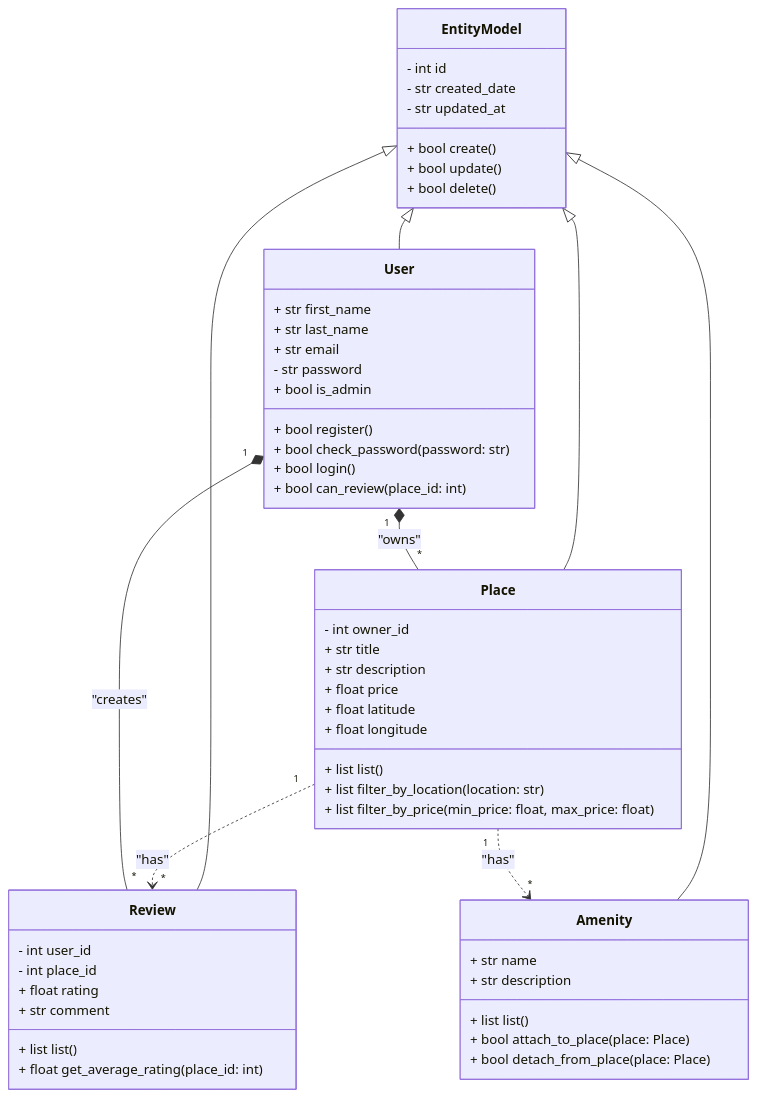
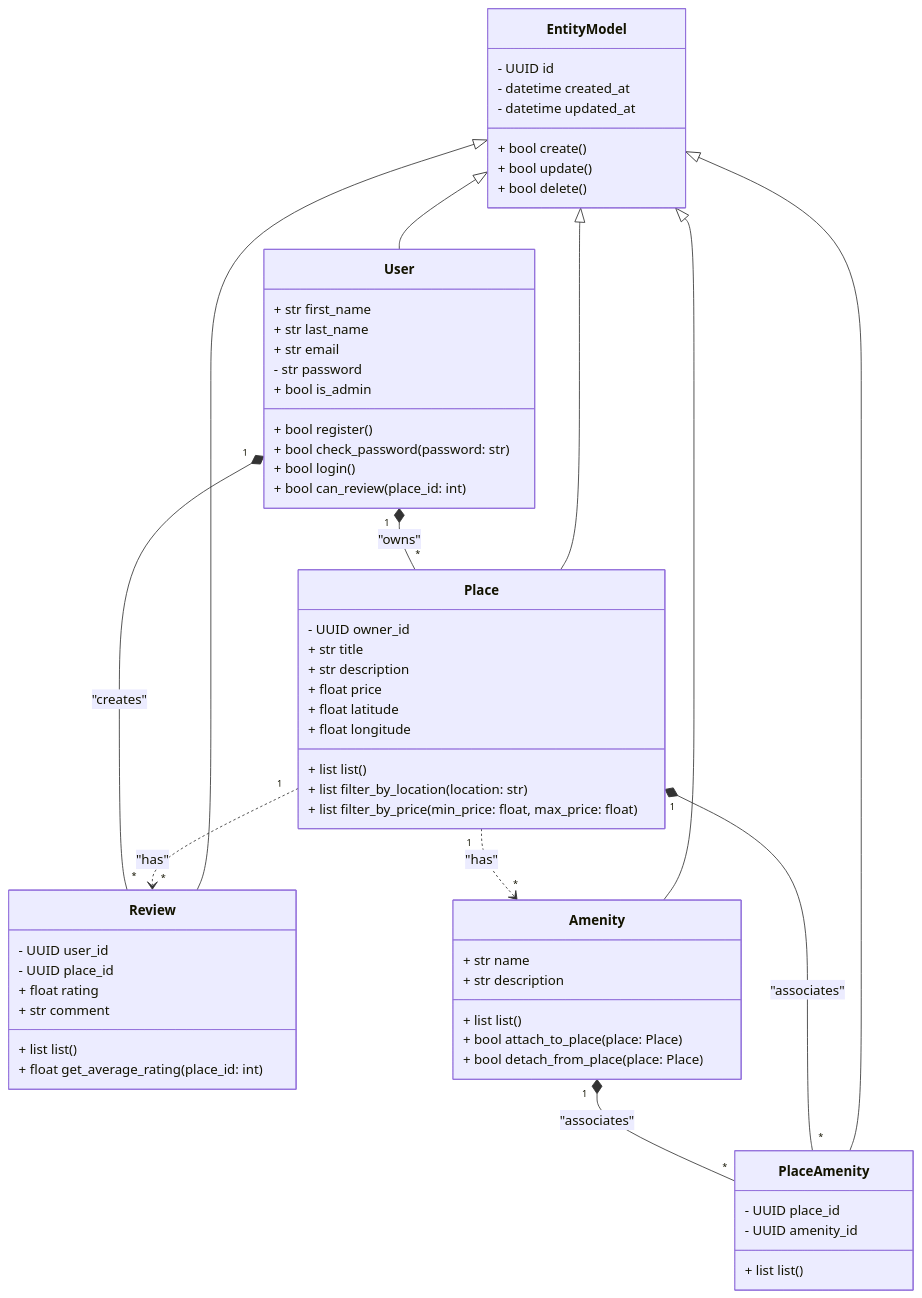
Before and after one commit to melvinredondotanis/holbertonschool-hbnb: the diagram in diagrams/class/hbnb_class_diagram.mmd, drawn with Mermaid. The commit also changed 9 other files, not shown here.

Commit message:
Add sequence diagrams for place, amenity, login, review, and register functionality

```diff
--- a/diagrams/class/hbnb_class_diagram.mmd
+++ b/diagrams/class/hbnb_class_diagram.mmd
@@ -1,60 +1,69 @@
 classDiagram
 class EntityModel {
-    - int id
-    - str created_date
-    - str updated_at
+    - UUID id
+    - datetime created_at
+    - datetime updated_at
     + bool create()
     + bool update()
     + bool delete()
 }
 
 class User {
     + str first_name
     + str last_name
     + str email
     - str password
     + bool is_admin
     + bool register()
     + bool check_password(password: str)
     + bool login()
     + bool can_review(place_id: int)
 }
 
 class Place {
-    - int owner_id
+    - UUID owner_id
     + str title
     + str description
     + float price
     + float latitude
     + float longitude
     + list<Place> list()
     + list<Place> filter_by_location(location: str)
     + list<Place> filter_by_price(min_price: float, max_price: float)
 }
 
 class Review {
-    - int user_id
-    - int place_id
+    - UUID user_id
+    - UUID place_id
     + float rating
     + str comment
     + list<Review> list()
     + float get_average_rating(place_id: int)
 }
 
 class Amenity {
     + str name
     + str description
     + list<Amenity> list()
     + bool attach_to_place(place: Place)
     + bool detach_from_place(place: Place)
 }
 
+class PlaceAmenity {
+    - UUID place_id
+    - UUID amenity_id
+    + list<Amenity> list()
+}
+
 EntityModel <|-- User
 EntityModel <|-- Place
 EntityModel <|-- Review
 EntityModel <|-- Amenity
+EntityModel <|-- PlaceAmenity
 
 User "1" *-- "*" Place : "owns"
 Place "1" ..> "*" Review : "has"
 Place "1" ..> "*" Amenity : "has"
-User "1" *--	 "*" Review : "creates"
+User "1" *-- "*" Review : "creates"
+Place "1" *-- "*" PlaceAmenity : "associates"
+Amenity "1" *-- "*" PlaceAmenity : "associates"
```
